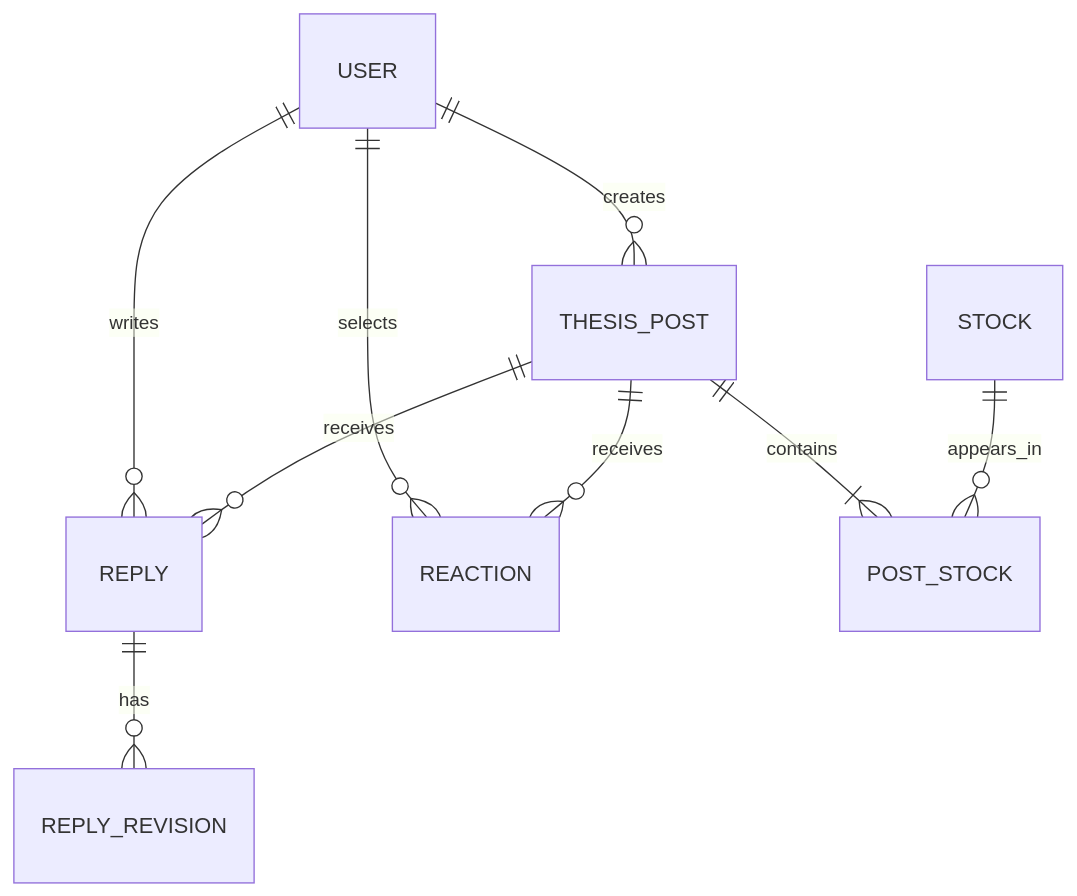
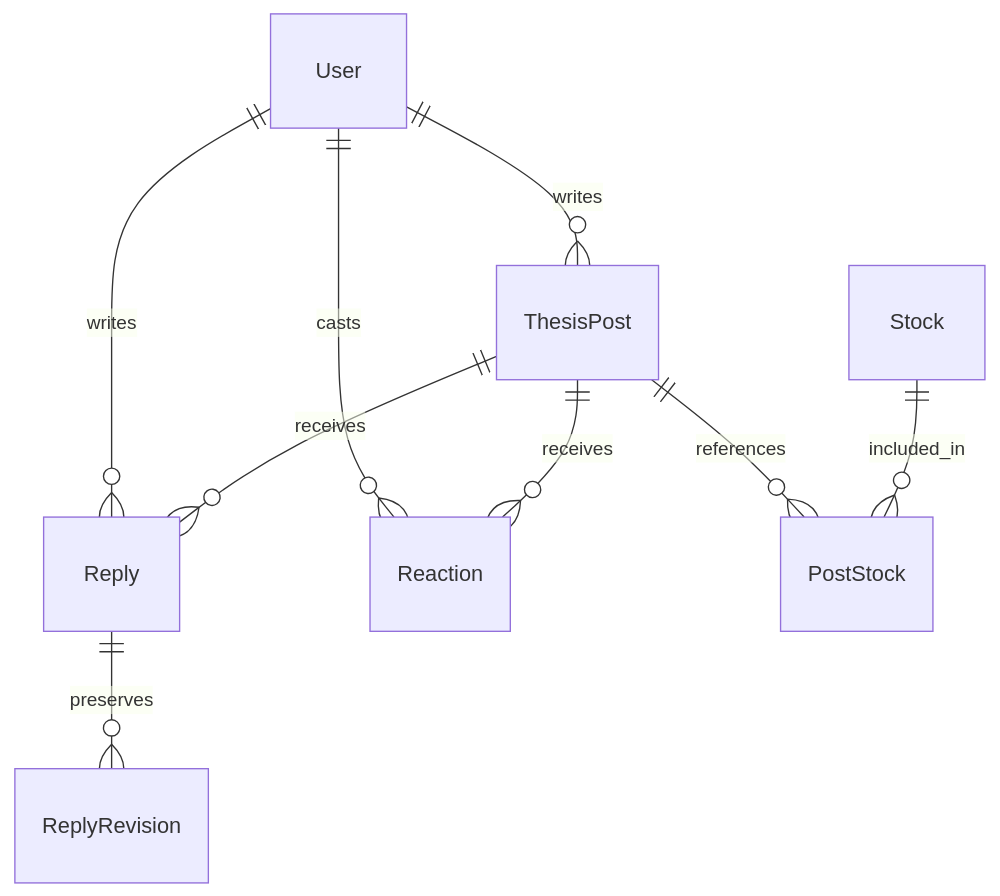
The second of 2 diagrams in docs/architecture.md (ReyA44/thesis-hub), drawn with Mermaid before and after one commit. The commit also changed other lines of this file and 9 other files, not shown here.

Commit message:
docs: align MVP requirements, architecture, API, tests and presentation guide with implementation (#35)

````diff
--- a/docs/architecture.md
+++ b/docs/architecture.md
@@ -88,14 +38,11 @@
 ```mermaid
 erDiagram
-    USER ||--o{ THESIS_POST : creates
-    USER ||--o{ REPLY : writes
-    USER ||--o{ REACTION : selects
-
-    THESIS_POST ||--o{ REPLY : receives
-    THESIS_POST ||--o{ REACTION : receives
-
-    REPLY ||--o{ REPLY_REVISION : has
-
-    THESIS_POST ||--|{ POST_STOCK : contains
-    STOCK ||--o{ POST_STOCK : appears_in
+    User ||--o{ ThesisPost : writes
+    User ||--o{ Reply : writes
+    User ||--o{ Reaction : casts
+    ThesisPost ||--o{ PostStock : references
+    Stock ||--o{ PostStock : included_in
+    ThesisPost ||--o{ Reply : receives
+    Reply ||--o{ ReplyRevision : preserves
+    ThesisPost ||--o{ Reaction : receives
 ```
````
